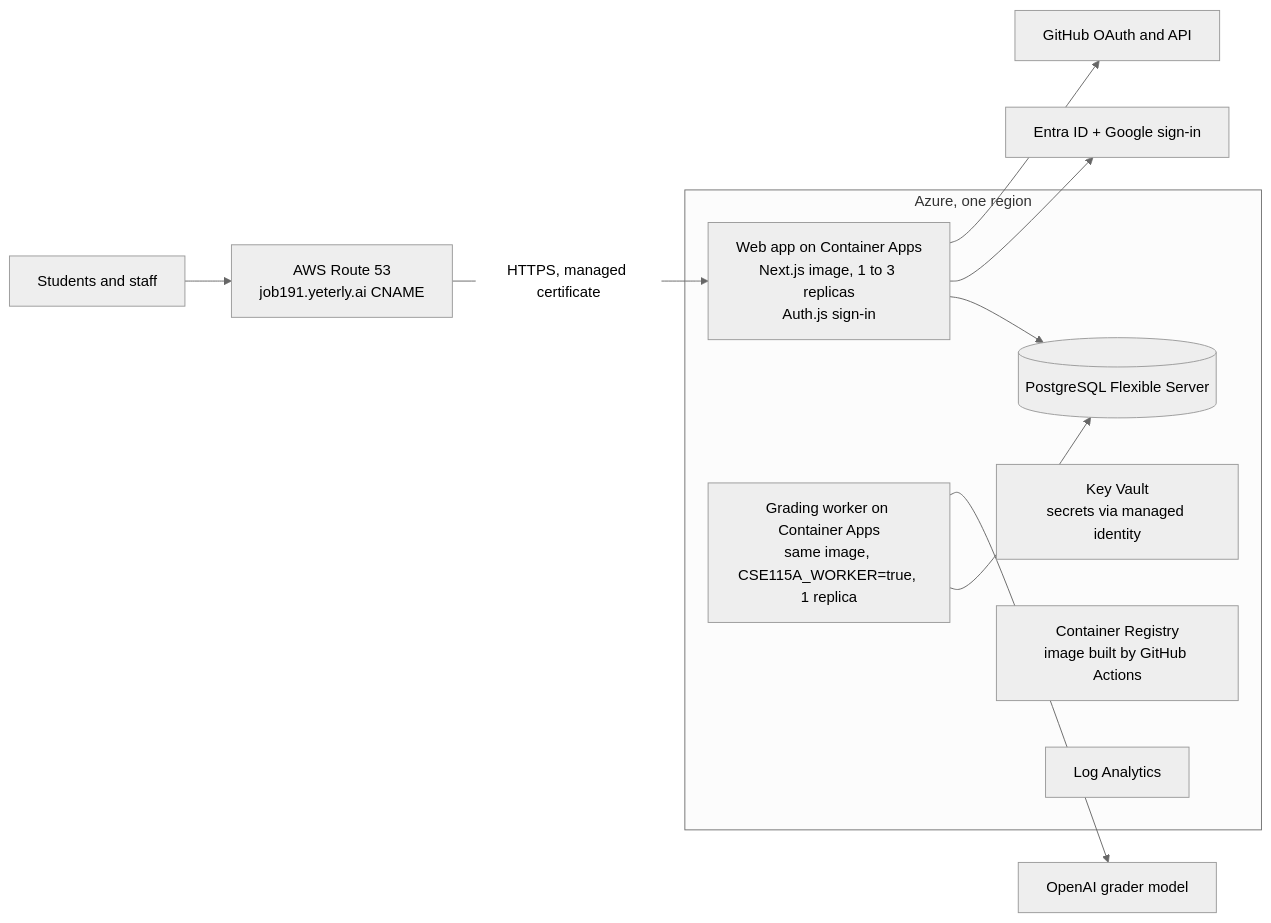
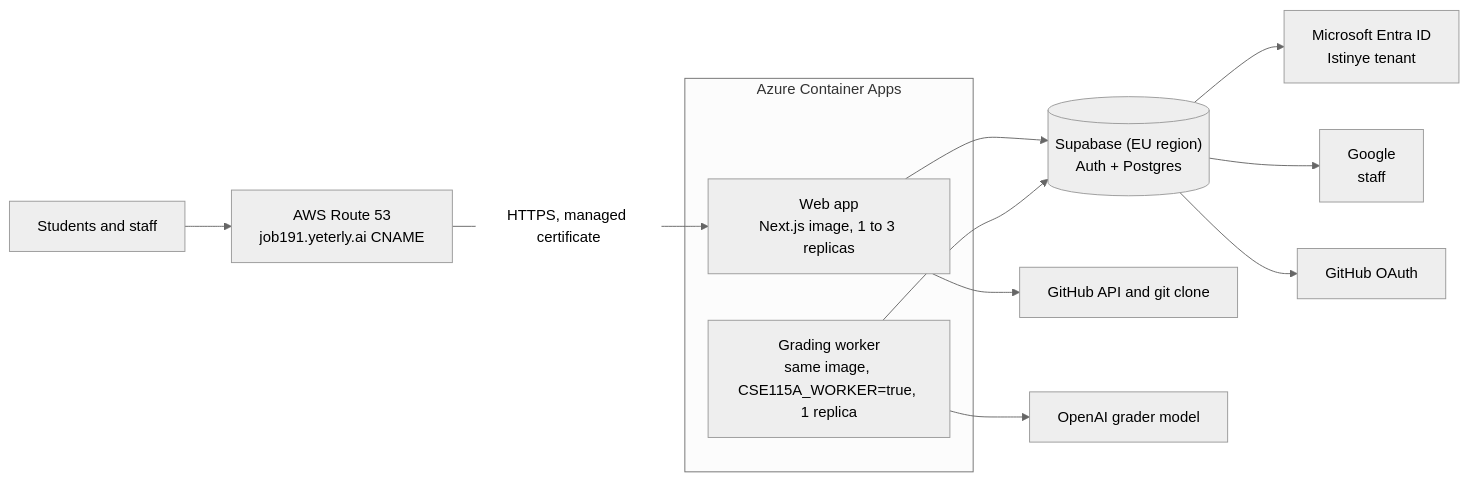
The diagram in docs/AZURE_DEPLOY_PLAN.md (Yeterly/ts-repo-metrics), drawn with Mermaid (neutral theme) before and after one commit. The commit also changed other lines of this file, not shown here.

First line of the commit message:
Revise the Azure plan to keep Supabase

````diff
--- a/docs/AZURE_DEPLOY_PLAN.md
+++ b/docs/AZURE_DEPLOY_PLAN.md
@@ -59,18 +16,16 @@
 ```mermaid
 flowchart LR
   users["Students and staff"] --> r53["AWS Route 53<br/>job191.yeterly.ai CNAME"]
   r53 -- "HTTPS, managed certificate" --> web
-  subgraph azure["Azure, one region"]
-    web["Web app on Container Apps<br/>Next.js image, 1 to 3 replicas<br/>Auth.js sign-in"]
-    worker["Grading worker on Container Apps<br/>same image, CSE115A_WORKER=true, 1 replica"]
-    pg[("PostgreSQL Flexible Server")]
-    kv["Key Vault<br/>secrets via managed identity"]
-    acr["Container Registry<br/>image built by GitHub Actions"]
-    logs["Log Analytics"]
-    web --> pg
-    worker --> pg
+  subgraph azure["Azure Container Apps"]
+    web["Web app<br/>Next.js image, 1 to 3 replicas"]
+    worker["Grading worker<br/>same image, CSE115A_WORKER=true, 1 replica"]
   end
-  web --> google["Entra ID + Google sign-in"]
-  web --> github["GitHub OAuth and API"]
+  web --> supa[("Supabase (EU region)<br/>Auth + Postgres")]
+  worker --> supa
+  supa --> ms["Microsoft Entra ID<br/>Istinye tenant"]
+  supa --> google["Google<br/>staff"]
+  supa --> gh["GitHub OAuth"]
+  web --> ghapi["GitHub API and git clone"]
   worker --> openai["OpenAI grader model"]
 ```
````
